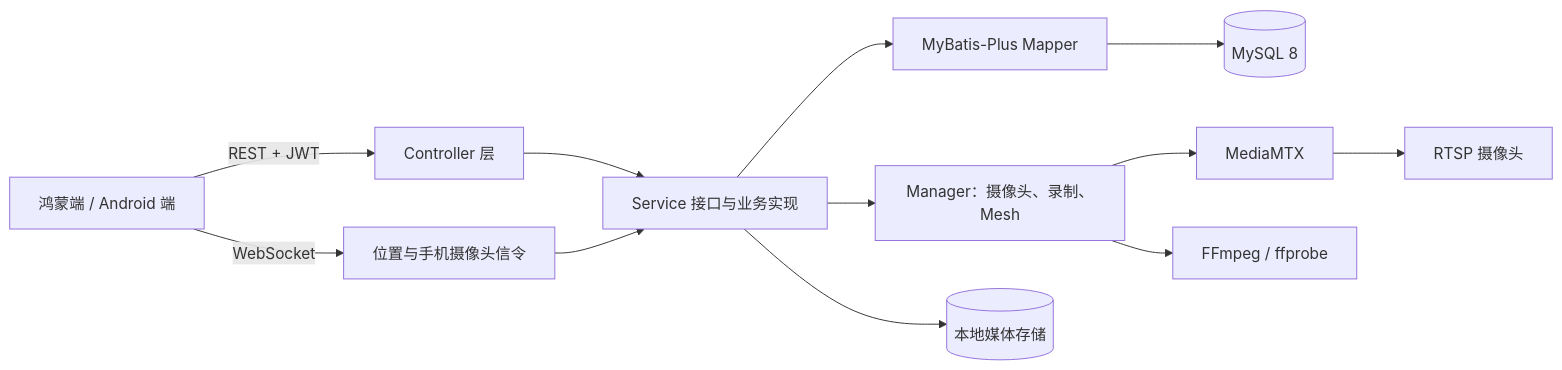
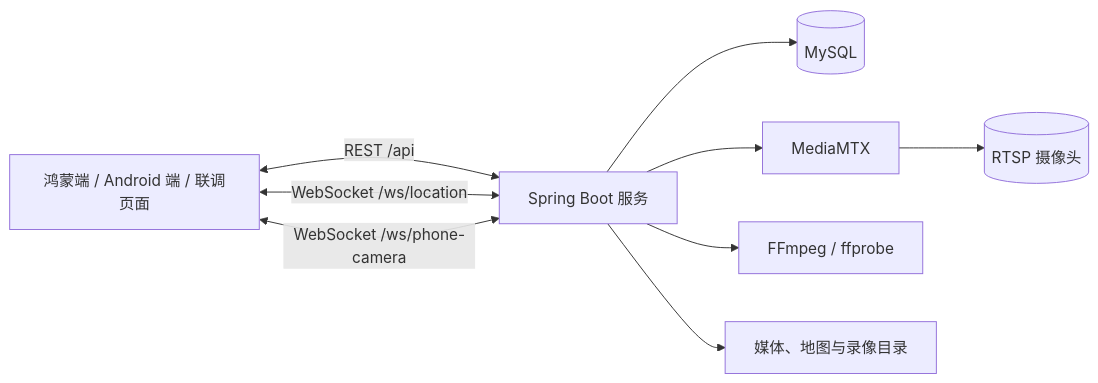
One commit to Adabana2007/communication changed the diagram in README.md. Above: the diagram before and after it, drawn with Mermaid. The commit also changed other lines of this file, not shown here.

````diff
--- a/README.md
+++ b/README.md
@@ -68,14 +45,12 @@
 ```mermaid
 flowchart LR
-    Client["鸿蒙端 / Android 端"] -->|"REST + JWT"| Controller["Controller 层"]
-    Client -->|"WebSocket"| Socket["位置与手机摄像头信令"]
-    Controller --> Service["Service 接口与业务实现"]
-    Socket --> Service
-    Service --> Manager["Manager：摄像头、录制、Mesh"]
-    Service --> Mapper["MyBatis-Plus Mapper"]
-    Mapper --> DB[("MySQL 8")]
-    Manager --> MediaMTX["MediaMTX"]
-    MediaMTX --> Camera["RTSP 摄像头"]
-    Manager --> Tools["FFmpeg / ffprobe"]
-    Service --> Storage[("本地媒体存储")]
+    CLIENT["鸿蒙端 / Android 端 / 联调页面"] <-->|REST /api| API["Spring Boot 服务"]
+    CLIENT <-->|WebSocket /ws/location| API
+    CLIENT <-->|WebSocket /ws/phone-camera| API
+
+    API --> MYSQL[("MySQL")]
+    API --> MEDIA["MediaMTX"]
+    MEDIA --> CAMERA[("RTSP 摄像头")]
+    API --> TOOLS["FFmpeg / ffprobe"]
+    API --> FILES["媒体、地图与录像目录"]
 ```
````
